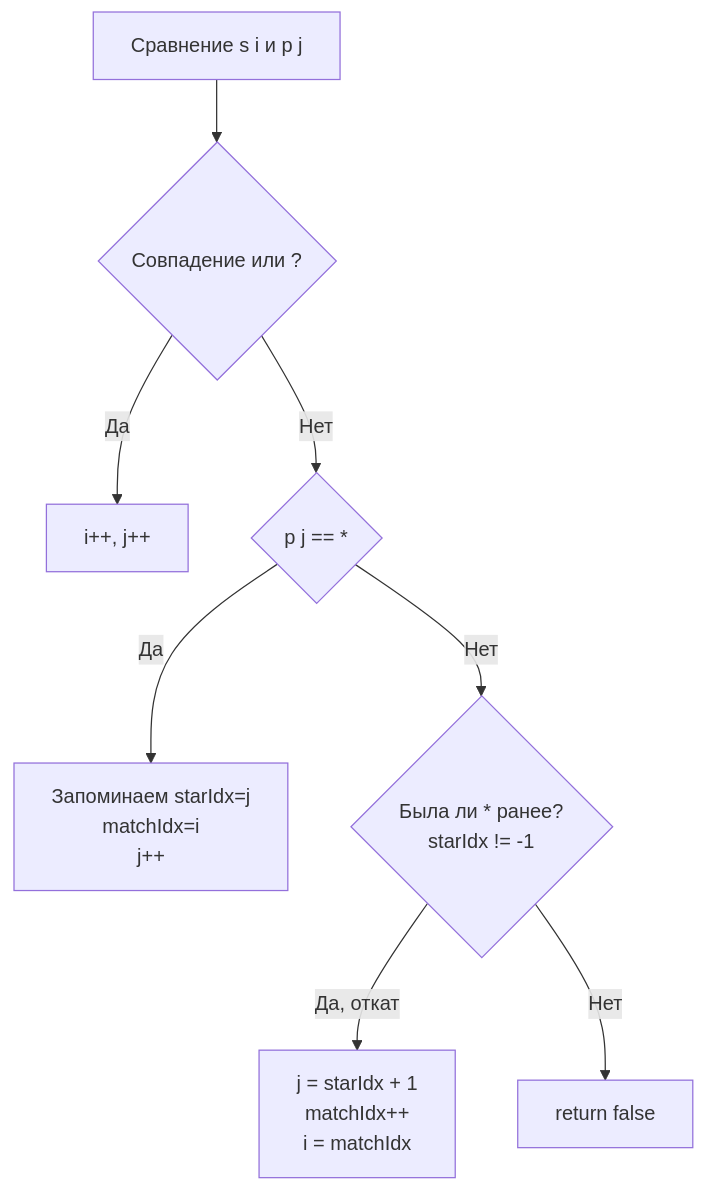
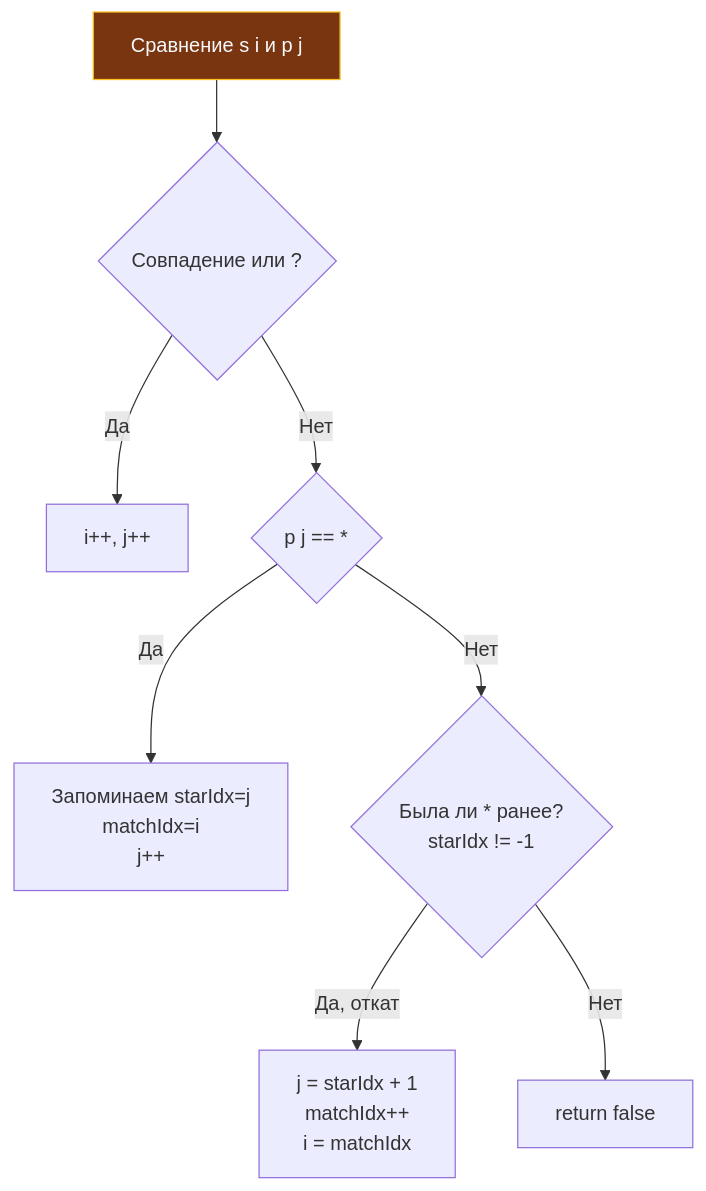
Before and after one commit to UnrealTemplier/go-textbook: the diagram in sources/21. Задачи с LeetCode и собеседований на Go/02. Задачи/20. Динамическое программирование на строках/6. Wildcard Matching.md, drawn with Mermaid. The commit also changed 1666 other files, not shown here.

First line of the commit message:
feat(mermaid): add semantic color classDef to 1369 colorless flowchart/graph diagrams

````diff
--- a/sources/21. Задачи с LeetCode и собеседований на Go/02. Задачи/20. Динамическое программирование на строках/6. Wildcard Matching.md
+++ b/sources/21. Задачи с LeetCode и собеседований на Go/02. Задачи/20. Динамическое программирование на строках/6. Wildcard Matching.md
@@ -65,13 +65,23 @@
 ```mermaid
 flowchart TD
-    A["Сравнение s i и p j"] --> B{"Совпадение или ?"}
+    classDef process  fill:#1e293b,stroke:#38bdf8,stroke-width:1px,color:#f8fafc
+    classDef success  fill:#064e3b,stroke:#34d399,stroke-width:1px,color:#f8fafc
+    classDef error    fill:#7f1d1d,stroke:#f87171,stroke-width:1px,color:#f8fafc
+    classDef warning  fill:#78350f,stroke:#fbbf24,stroke-width:1px,color:#f8fafc
+    classDef entry    fill:#1e3a5f,stroke:#38bdf8,stroke-width:2px,color:#f8fafc
+    classDef aux      fill:#334155,stroke:#64748b,stroke-width:1px,color:#f8fafc
+    classDef system   fill:#312e81,stroke:#a78bfa,stroke-width:1px,color:#f8fafc
+    classDef data     fill:#132d29,stroke:#2dd4bf,stroke-width:1px,color:#f8fafc
+    classDef network  fill:#881337,stroke:#fb7185,stroke-width:1px,color:#f8fafc
+    classDef accent   fill:#1e1b4b,stroke:#818cf8,stroke-width:1px,color:#f8fafc
+    A["Сравнение s i и p j"]:::warning --> B{"Совпадение или ?"}
     B -- "Да" --> C["i++, j++"]
     
     B -- "Нет" --> D{"p j == *"}
     D -- "Да" --> E["Запоминаем starIdx=j<br>matchIdx=i<br>j++"]
     
     D -- "Нет" --> F{"Была ли * ранее?<br>starIdx != -1"}
     F -- "Да, откат" --> G["j = starIdx + 1<br>matchIdx++<br>i = matchIdx"]
     
     F -- "Нет" --> H["return false"]
 ```
````
